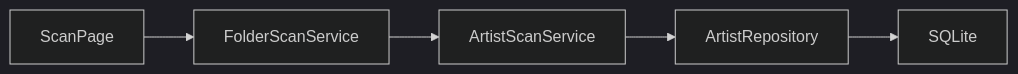
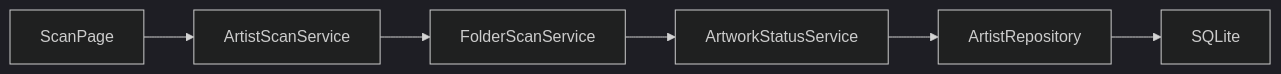
One commit to PKT0623/PixivLocalManager changed the third of 12 diagrams in docs/07_ARCHITECTURE.md. Above: the diagram before and after it, drawn with Mermaid (dark theme). The commit also changed other lines of this file and 10 other files, not shown here.

````diff
--- a/docs/07_ARCHITECTURE.md
+++ b/docs/07_ARCHITECTURE.md
@@ -213,13 +245,15 @@
 ```mermaid
 flowchart LR
 
 ScanPage
 
+--> ArtistScanService
+
 --> FolderScanService
 
---> ArtistScanService
+--> ArtworkStatusService
 
 --> ArtistRepository
 
 --> SQLite
 ```
````
